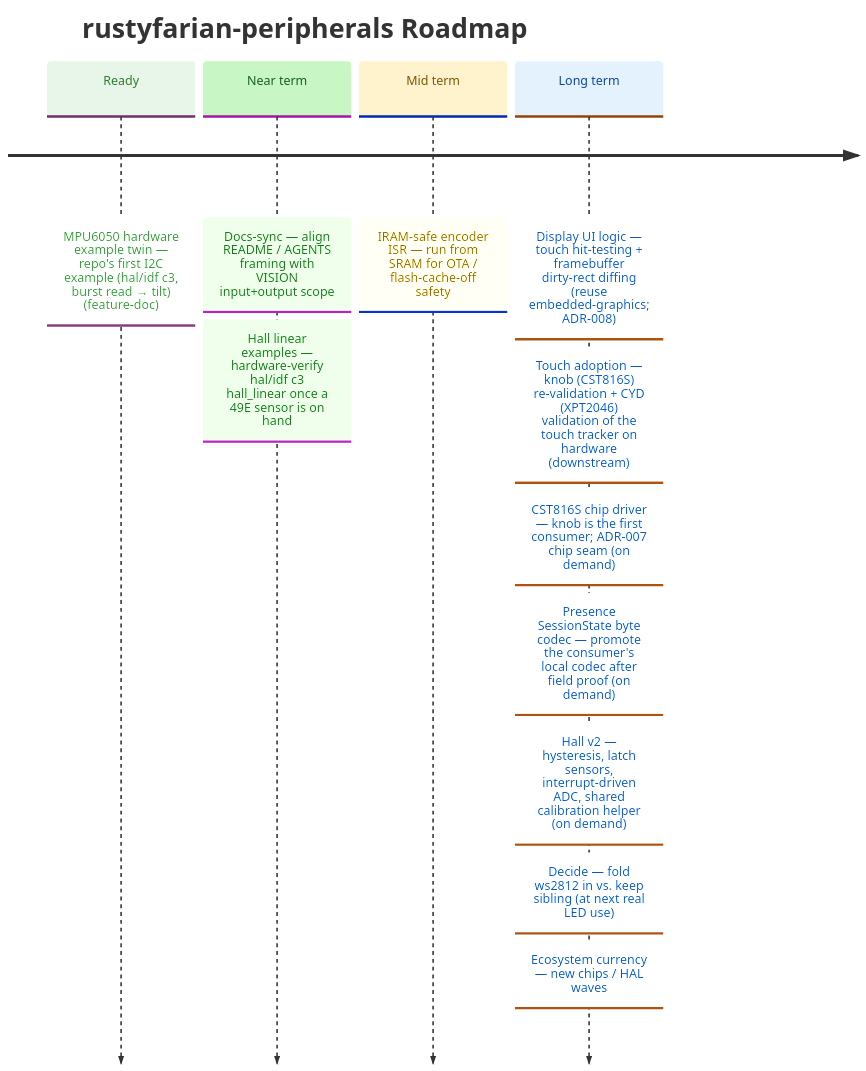
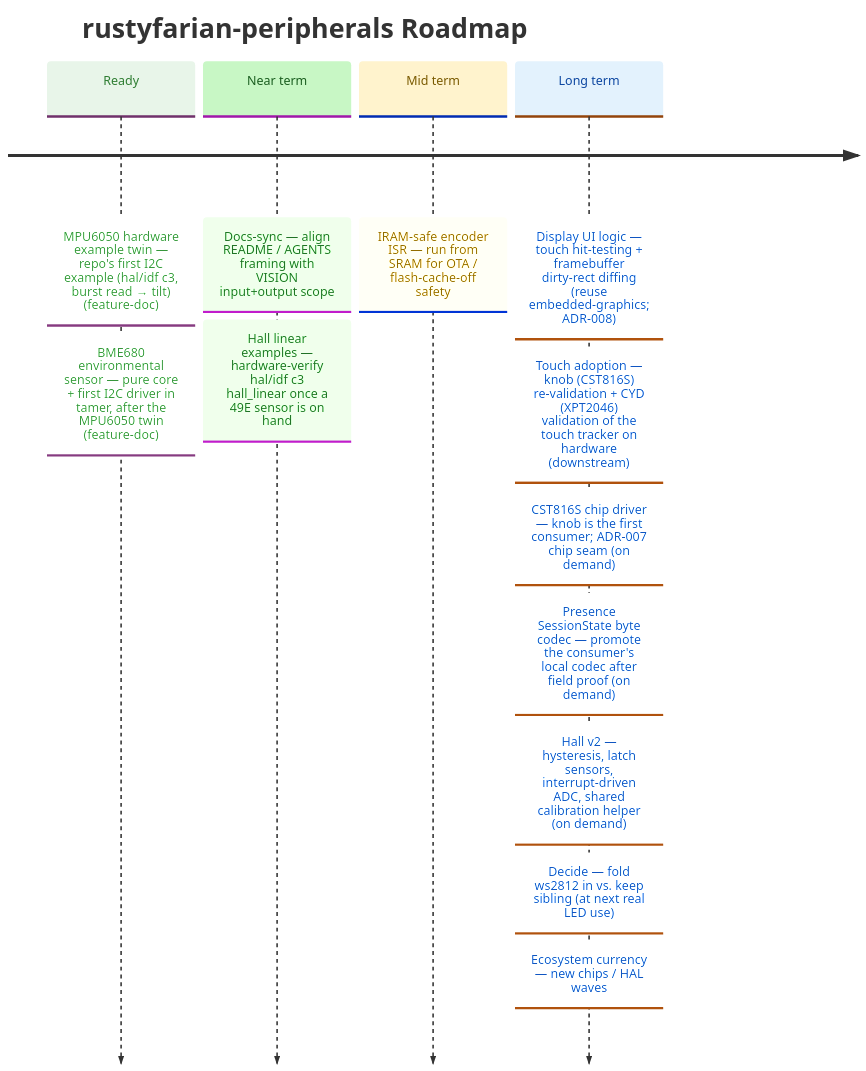
The diagram in docs/ROADMAP.md (datenkollektiv/rustyfarian-peripherals), drawn with Mermaid before and after one commit. The commit also changed other lines of this file and 3 other files, not shown here.

Commit message:
Plan BME680 sensor support and place I2C drivers in tamer

````diff
--- a/docs/ROADMAP.md
+++ b/docs/ROADMAP.md
@@ -10,33 +10,34 @@
 ```mermaid
 %%{init: {
   "theme": "base",
   "themeVariables": {
     "cScale0": "#e8f5e9",
     "cScaleLabel0": "#2e7d32",
     "cScale1": "#c8f7c5",
     "cScaleLabel1": "#1b5e20",
     "cScale2": "#fff3cd",
     "cScaleLabel2": "#7a5a00",
     "cScale3": "#e3f2fd",
     "cScaleLabel3": "#0d47a1"
   }
 }}%%
 
 timeline
     title rustyfarian-peripherals Roadmap
 
     Ready     : MPU6050 hardware example twin — repo's first I2C example (hal/idf c3, burst read → tilt) (feature-doc)
+              : BME680 environmental sensor — pure core + first I2C driver in tamer, after the MPU6050 twin (feature-doc)
 
     Near term : Docs-sync — align README / AGENTS framing with VISION input+output scope
               : Hall linear examples — hardware-verify hal/idf c3 hall_linear once a 49E sensor is on hand
 
     Mid term  : IRAM-safe encoder ISR — run from SRAM for OTA / flash-cache-off safety
 
     Long term : Display UI logic — touch hit-testing + framebuffer dirty-rect diffing (reuse embedded-graphics; ADR-008)
               : Touch adoption — knob (CST816S) re-validation + CYD (XPT2046) validation of the touch tracker on hardware (downstream)
               : CST816S chip driver — knob is the first consumer; ADR-007 chip seam (on demand)
               : Presence SessionState byte codec — promote the consumer's local codec after field proof (on demand)
               : Hall v2 — hysteresis, latch sensors, interrupt-driven ADC, shared calibration helper (on demand)
               : Decide — fold ws2812 in vs. keep sibling (at next real LED use)
               : Ecosystem currency — new chips / HAL waves
 ```
````
